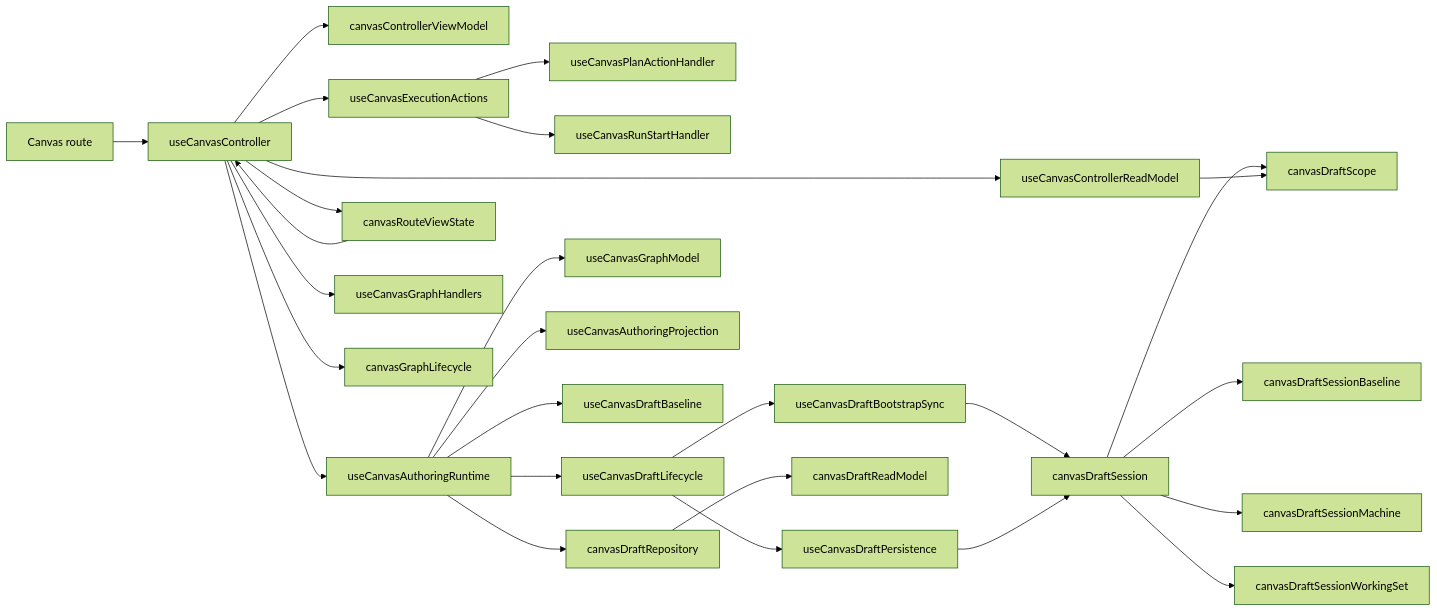
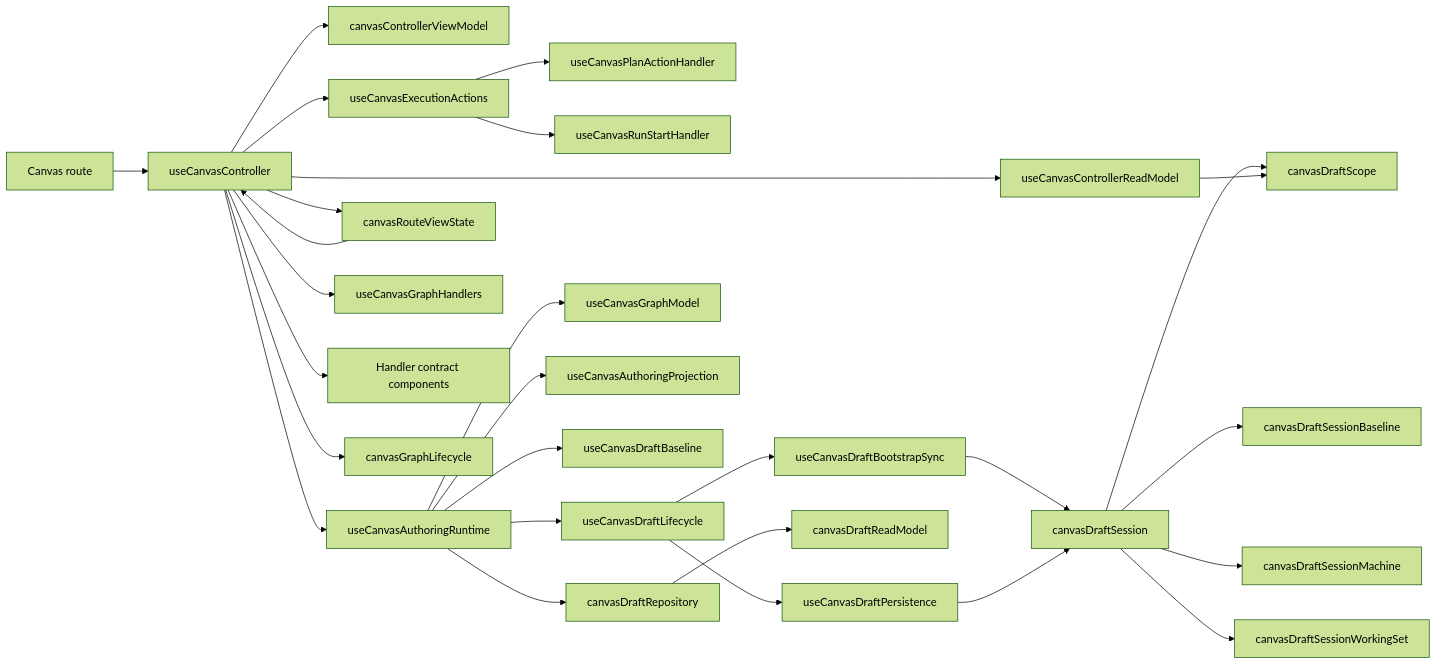
The first of 3 diagrams in docs/architecture/components/web/graph/canvas-controller-current-to-target-architecture.md (dunay2/dvt), drawn with Mermaid (forest theme) before and after one commit. The commit also changed other lines of this file and 25 other files, not shown here.

Commit message:
refactor(web): Componentize canvas handler contract seams

````diff
--- a/docs/architecture/components/web/graph/canvas-controller-current-to-target-architecture.md
+++ b/docs/architecture/components/web/graph/canvas-controller-current-to-target-architecture.md
@@ -69,34 +77,35 @@
 ```mermaid
 flowchart LR
   Route["Canvas route"] --> Controller["useCanvasController"]
   Controller --> ViewModel["canvasControllerViewModel"]
   Controller --> ReadModel["useCanvasControllerReadModel"]
   Controller --> Runtime["useCanvasAuthoringRuntime"]
   Controller --> Execution["useCanvasExecutionActions"]
   Controller --> RouteState["canvasRouteViewState"]
   Controller --> GraphHandlers["useCanvasGraphHandlers"]
+  Controller --> HandlerContracts["Handler contract components"]
   Controller --> GraphLifecycle["canvasGraphLifecycle"]
 
   Execution --> PlanHandler["useCanvasPlanActionHandler"]
   Execution --> RunHandler["useCanvasRunStartHandler"]
 
   Runtime --> Lifecycle["useCanvasDraftLifecycle"]
   Runtime --> GraphModel["useCanvasGraphModel"]
   Runtime --> Projection["useCanvasAuthoringProjection"]
   Runtime --> Baseline["useCanvasDraftBaseline"]
   Runtime --> Repository["canvasDraftRepository"]
 
   Lifecycle --> Bootstrap["useCanvasDraftBootstrapSync"]
   Lifecycle --> Persistence["useCanvasDraftPersistence"]
   Bootstrap --> Session["canvasDraftSession"]
   Persistence --> Session
 
   Session --> SessionBaseline["canvasDraftSessionBaseline"]
   Session --> SessionMachine["canvasDraftSessionMachine"]
   Session --> SessionWorkingSet["canvasDraftSessionWorkingSet"]
   Session --> Scope["canvasDraftScope"]
 
   Repository --> DraftReadModel["canvasDraftReadModel"]
   ReadModel --> Scope
   RouteState --> Controller
 ```
````
